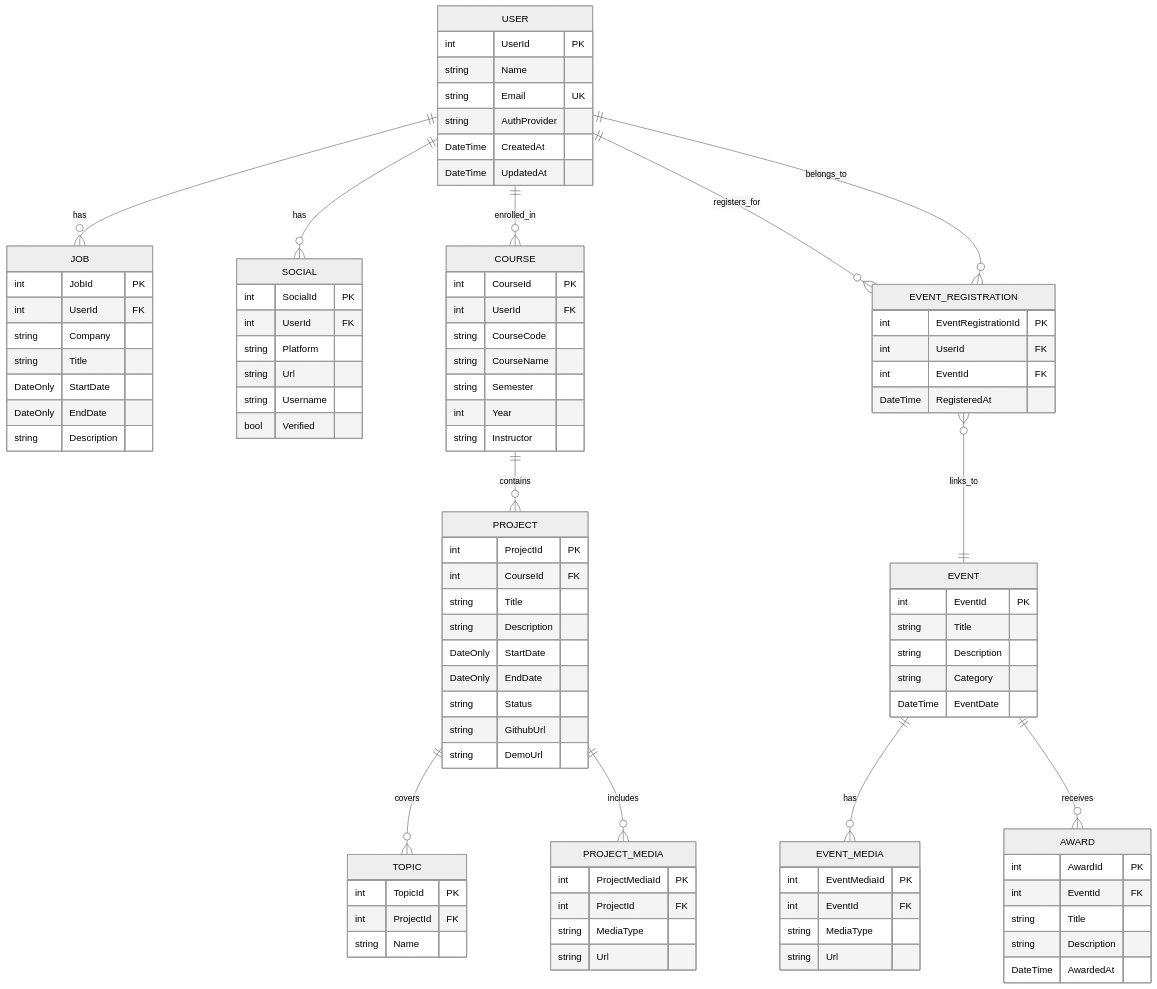
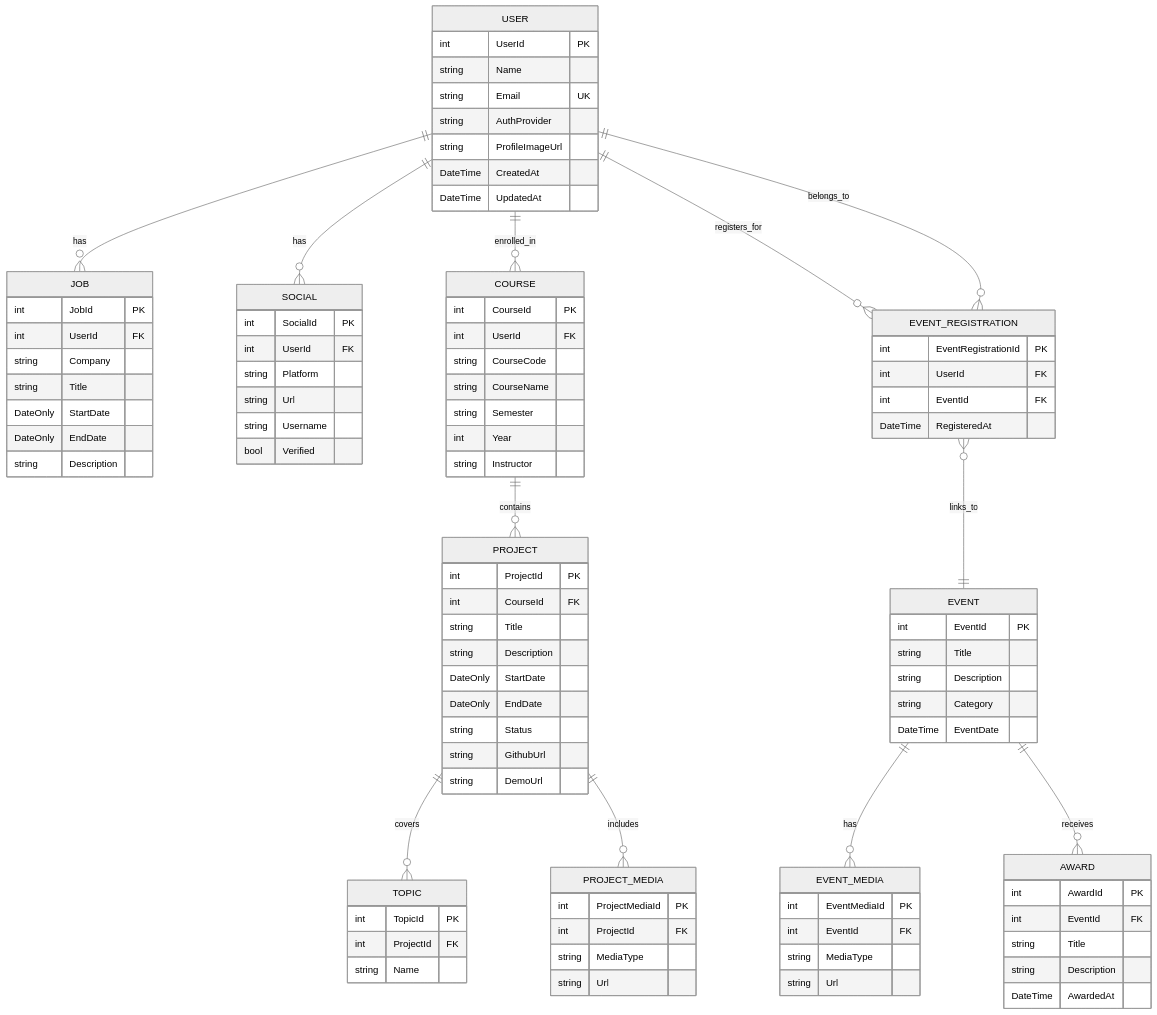
One commit to Etown-CS/JayWiki changed the diagram in Docs/ERD/DB_SCHEMA.md. Above: the diagram before and after it, drawn with Mermaid (neutral theme). The commit also changed other lines of this file and 4 other files, not shown here.

First line of the commit message:
Add user profile image and update endpoint

```diff
--- a/Docs/ERD/DB_SCHEMA.md
+++ b/Docs/ERD/DB_SCHEMA.md
@@ -27,6 +27,7 @@
         string Name
         string Email UK
         string AuthProvider
+        string ProfileImageUrl
         DateTime CreatedAt
         DateTime UpdatedAt
     }
```
